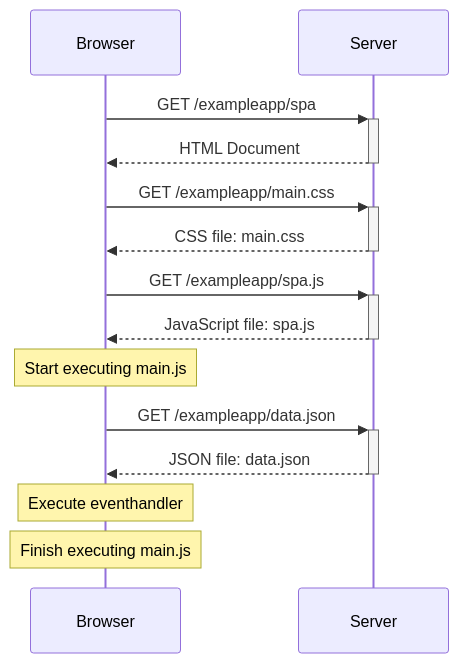
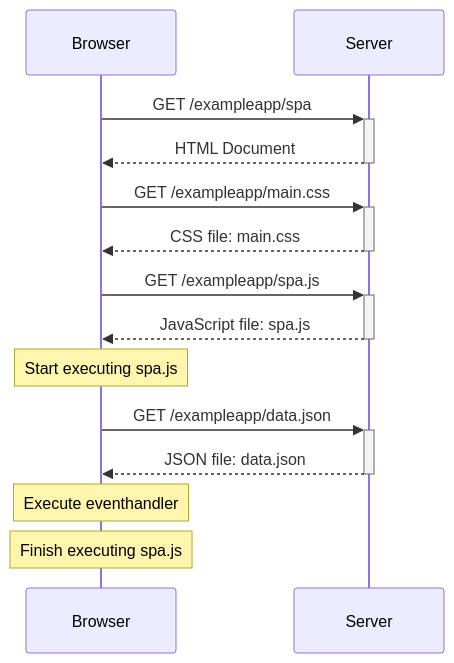
One commit to eemeli3/fullstack_tehtavat changed the diagram in osa0/tehtava0.5.md. Above: the diagram before and after it, drawn with Mermaid.

````diff
--- a/osa0/tehtava0.5.md
+++ b/osa0/tehtava0.5.md
@@ -1,16 +1,16 @@
 ```mermaid
 sequenceDiagram;
     participant A as Browser;
     participant B as Server;
     A->>+B: GET /exampleapp/spa
     B-->>-A: HTML Document
     A->>+B: GET /exampleapp/main.css
     B-->>-A: CSS file: main.css
     A->>+B: GET /exampleapp/spa.js
     B-->>-A: JavaScript file: spa.js
-    Note over A: Start executing main.js
+    Note over A: Start executing spa.js
     A->>+B: GET /exampleapp/data.json
     B-->>-A: JSON file: data.json
     Note over A: Execute eventhandler
-    Note over A: Finish executing main.js
+    Note over A: Finish executing spa.js
 ```
````
